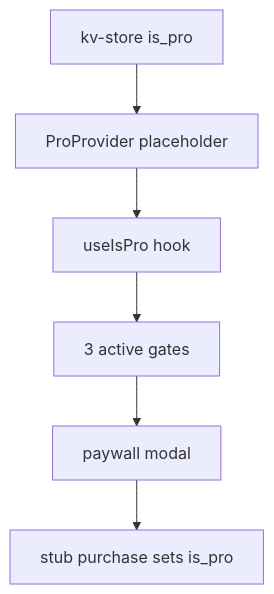
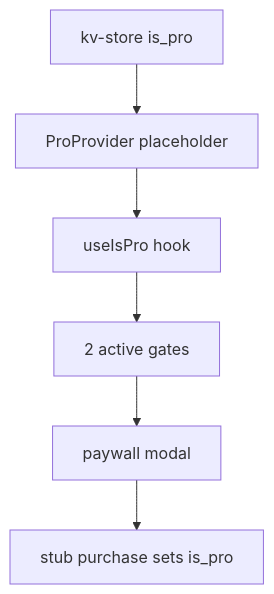
The diagram in PAYMENTS_PLACEHOLDER.md (jonathanwong0908/wants), drawn with Mermaid before and after one commit. The commit also changed other lines of this file and 15 other files, not shown here.

````diff
--- a/PAYMENTS_PLACEHOLDER.md
+++ b/PAYMENTS_PLACEHOLDER.md
@@ -29,8 +29,8 @@
 ```mermaid
 flowchart TD
   KV["kv-store is_pro"] --> ProProvider["ProProvider placeholder"]
   ProProvider --> useIsPro["useIsPro hook"]
-  useIsPro --> Gates["3 active gates"]
+  useIsPro --> Gates["2 active gates"]
   Gates --> Paywall["paywall modal"]
   Paywall --> StubPurchase["stub purchase sets is_pro"]
 ```
````
